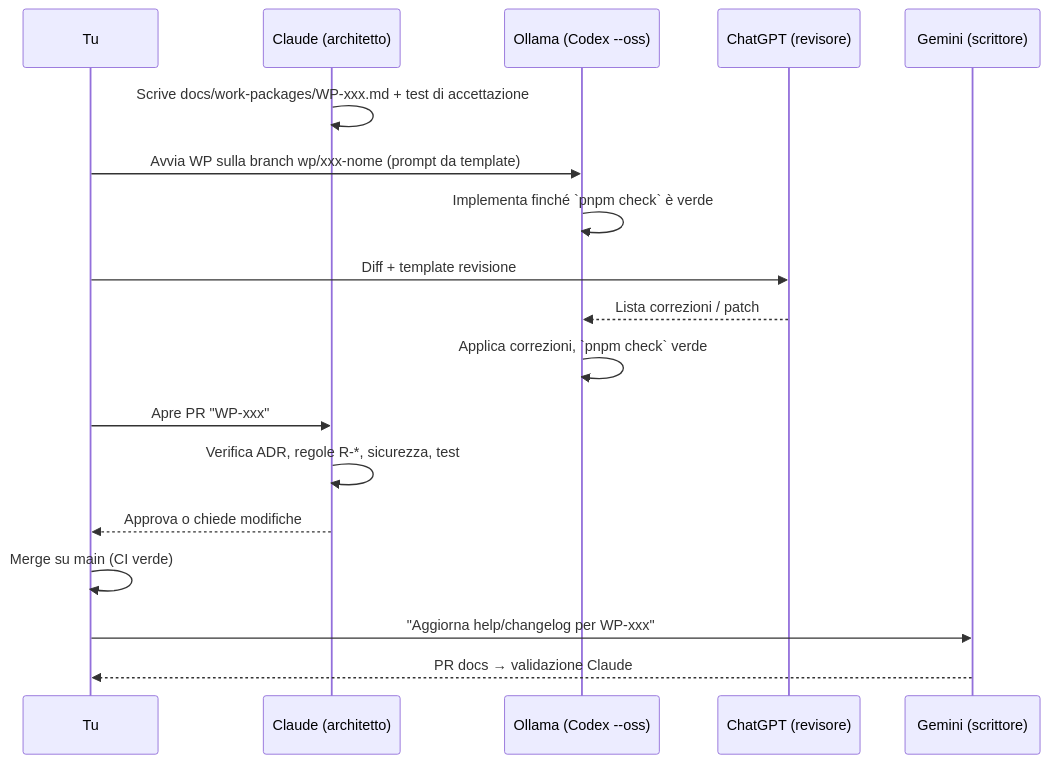
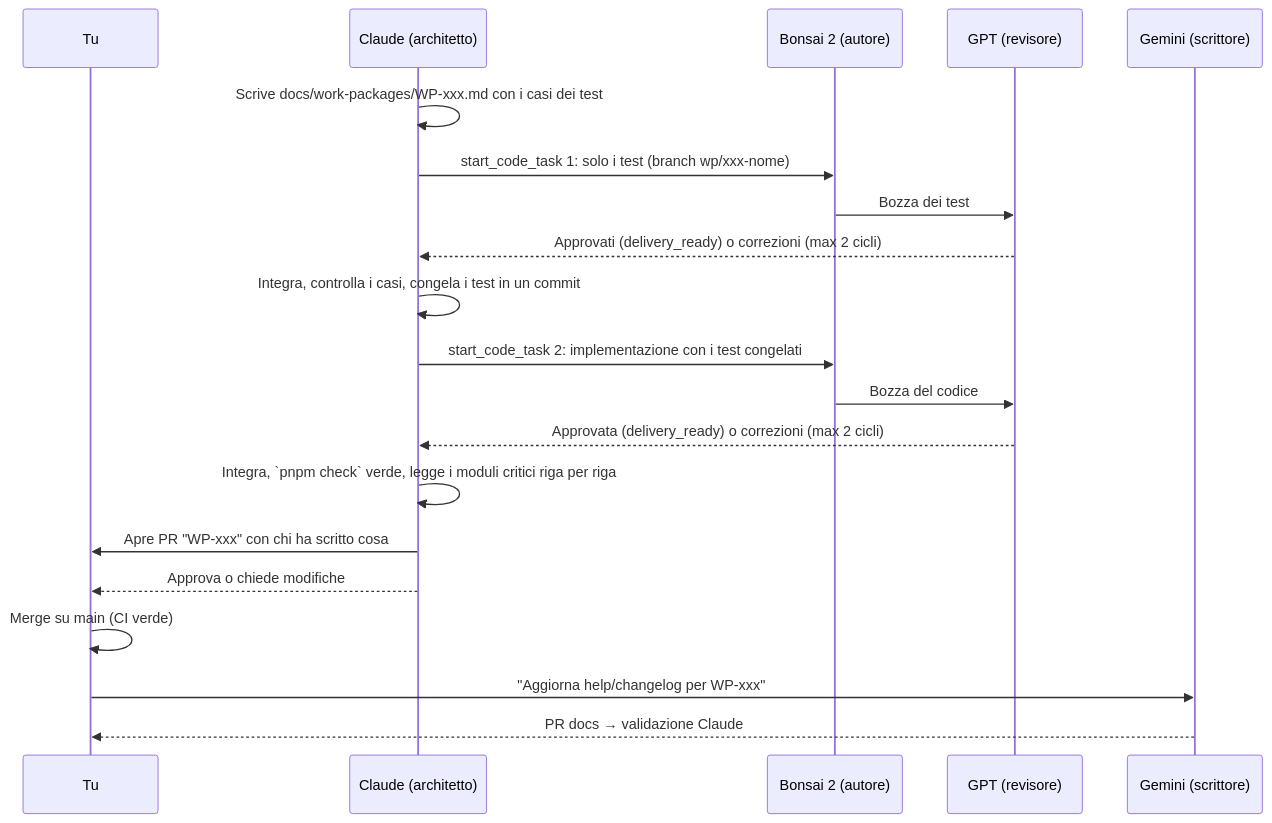
Before and after one commit to Zerardo89/HR: the diagram in docs/07-TEAM-AI.md, drawn with Mermaid. The commit also changed other lines of this file and 5 other files, not shown here.

First line of the commit message:
ADR-0016: flusso Bonsai 2 -> GPT -> Claude e piano aggiornato al 21/10

````diff
--- a/docs/07-TEAM-AI.md
+++ b/docs/07-TEAM-AI.md
@@ -53,20 +56,22 @@
 ```mermaid
 sequenceDiagram
   participant T as Tu
   participant C as Claude (architetto)
-  participant O as Ollama (Codex --oss)
-  participant G as ChatGPT (revisore)
+  participant O as Bonsai 2 (autore)
+  participant G as GPT (revisore)
   participant M as Gemini (scrittore)
-  C->>C: Scrive docs/work-packages/WP-xxx.md + test di accettazione
-  T->>O: Avvia WP sulla branch wp/xxx-nome (prompt da template)
-  O->>O: Implementa finché `pnpm check` è verde
-  T->>G: Diff + template revisione
-  G-->>O: Lista correzioni / patch
-  O->>O: Applica correzioni, `pnpm check` verde
-  T->>C: Apre PR "WP-xxx"
-  C->>C: Verifica ADR, regole R-*, sicurezza, test
+  C->>C: Scrive docs/work-packages/WP-xxx.md con i casi dei test
+  C->>O: start_code_task 1: solo i test (branch wp/xxx-nome)
+  O->>G: Bozza dei test
+  G-->>C: Approvati (delivery_ready) o correzioni (max 2 cicli)
+  C->>C: Integra, controlla i casi, congela i test in un commit
+  C->>O: start_code_task 2: implementazione con i test congelati
+  O->>G: Bozza del codice
+  G-->>C: Approvata (delivery_ready) o correzioni (max 2 cicli)
+  C->>C: Integra, `pnpm check` verde, legge i moduli critici riga per riga
+  C->>T: Apre PR "WP-xxx" con chi ha scritto cosa
   C-->>T: Approva o chiede modifiche
   T->>T: Merge su main (CI verde)
   T->>M: "Aggiorna help/changelog per WP-xxx"
   M-->>T: PR docs → validazione Claude
 ```
````
